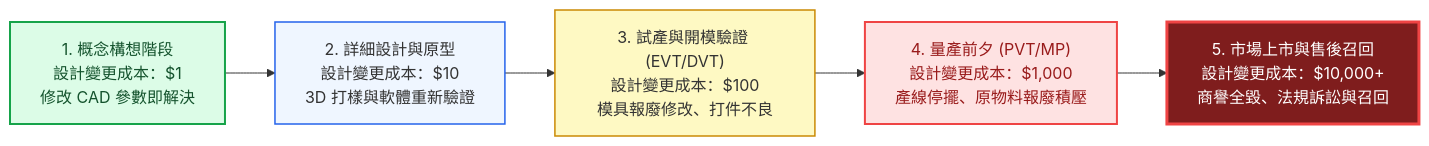
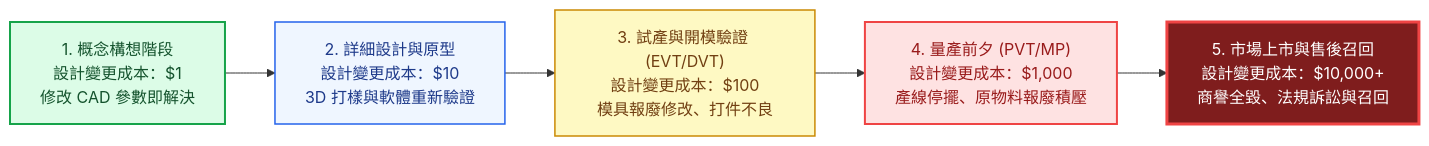
Before and after one commit to Jimlin0428/my-digital-garden: the first of 4 diagrams in src/site/notes/98_商業概念庫/dfm-design-for-manufacturability_可製造性設計.md, drawn with Mermaid. The commit also changed other lines of this file and 99 other files, not shown here.

````diff
--- a/src/site/notes/98_商業概念庫/dfm-design-for-manufacturability_可製造性設計.md
+++ b/src/site/notes/98_商業概念庫/dfm-design-for-manufacturability_可製造性設計.md
@@ -33,13 +33,13 @@
 ```mermaid
 flowchart LR
     S1["1. 概念構想階段<br>設計變更成本：$1<br>修改 CAD 參數即解決"] --> S2["2. 詳細設計與原型<br>設計變更成本：$10<br>3D 打樣與軟體重新驗證"]
     S2 --> S3["3. 試產與開模驗證 (EVT/DVT)<br>設計變更成本：$100<br>模具報廢修改、打件不良"]
     S3 --> S4["4. 量產前夕 (PVT/MP)<br>設計變更成本：$1,000<br>產線停擺、原物料報廢積壓"]
     S4 --> S5["5. 市場上市與售後召回<br>設計變更成本：$10,000+<br>商譽全毀、法規訴訟與召回"]
 
     style S1 fill:#dcfce7,stroke:#16a34a,stroke-width:2px,color:#14532d
-    style S2 fill:#eff6ff,stroke:#2563eb,stroke-width:1.5px
-    style S3 fill:#fef9c3,stroke:#ca8a04,stroke-width:1.5px
+    style S2 fill:#eff6ff,stroke:#2563eb,stroke-width:1.5px,color:#1e3a8a
+    style S3 fill:#fef9c3,stroke:#ca8a04,stroke-width:1.5px,color:#713f12
     style S4 fill:#fee2e2,stroke:#ef4444,stroke-width:2px,color:#991b1b
     style S5 fill:#7f1d1d,stroke:#ef4444,stroke-width:3px,color:#ffffff
 ```
````
